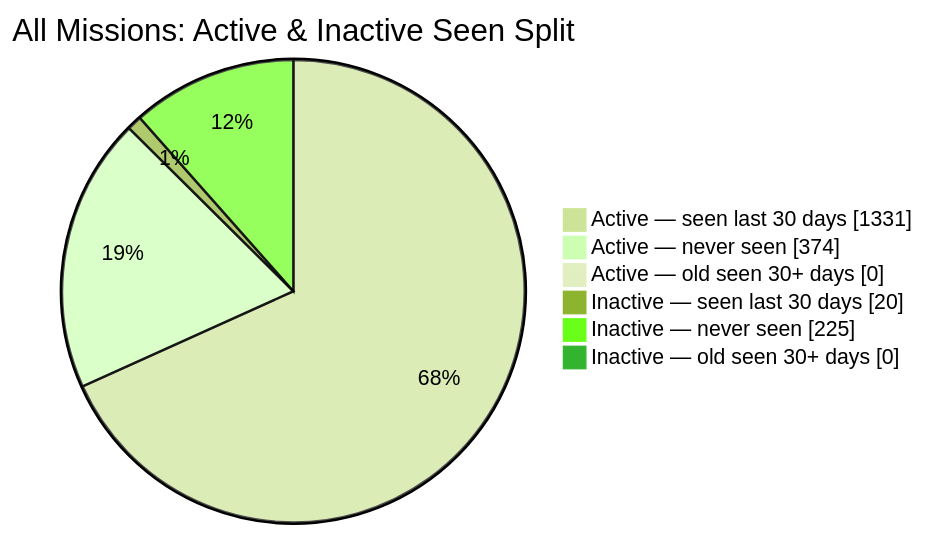
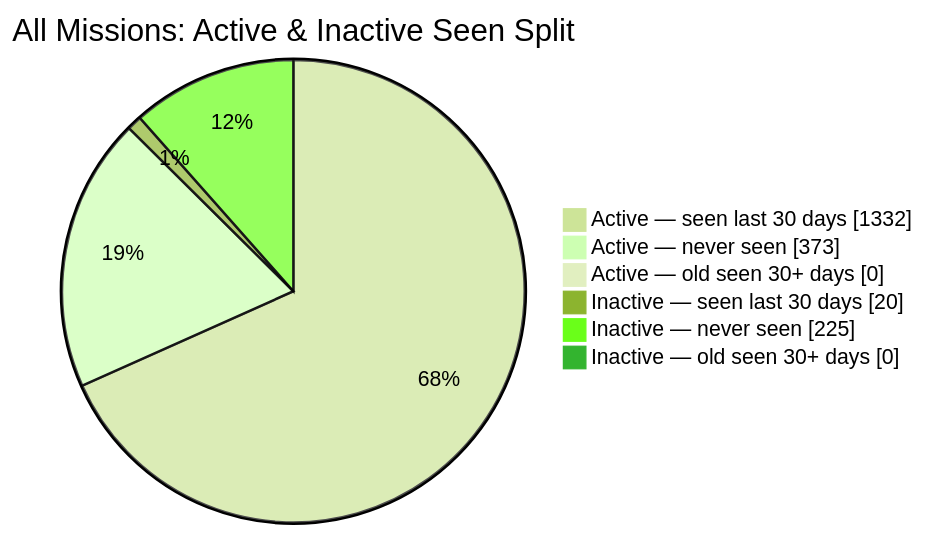
The second of 2 diagrams in README.md (MeldkamerspelGameTeam/active-missions), drawn with Mermaid (forest theme) before and after one commit. The commit also changed other lines of this file and 2 other files, not shown here.

````diff
--- a/README.md
+++ b/README.md
@@ -44,10 +44,10 @@
 ```mermaid
 pie showData
     title All Missions: Active & Inactive Seen Split
-    "Active — seen last 30 days" : 1331
-    "Active — never seen" : 374
+    "Active — seen last 30 days" : 1332
+    "Active — never seen" : 373
     "Active — old seen 30+ days" : 0
     "Inactive — seen last 30 days" : 20
     "Inactive — never seen" : 225
     "Inactive — old seen 30+ days" : 0
 ```
````
